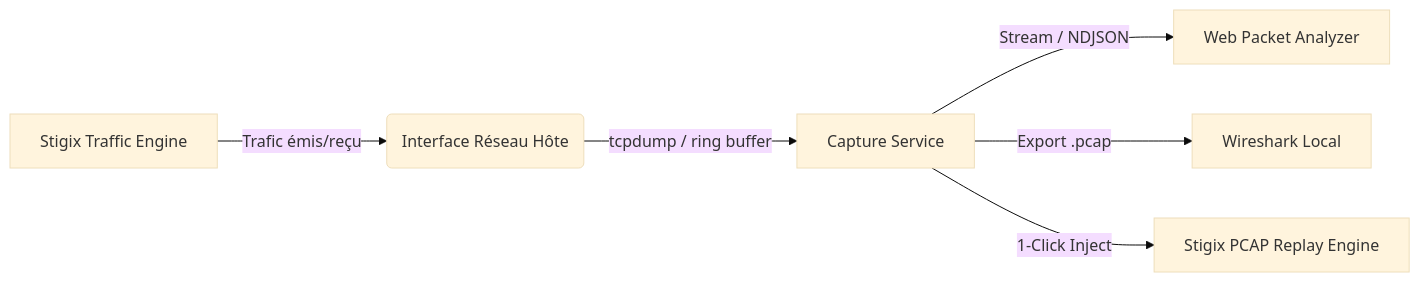
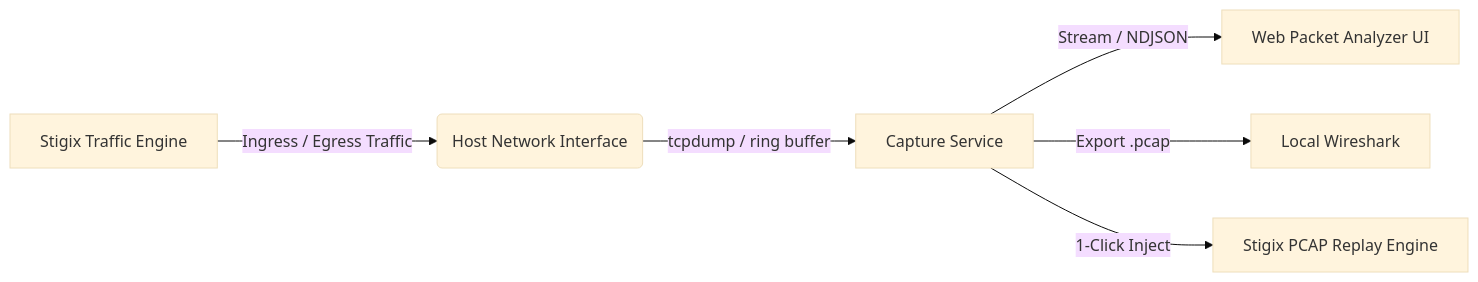
The diagram in docs/PRD_PACKET_CAPTURE_AND_WEB_ANALYZER.md (jsuzanne/stigix), drawn with Mermaid (base theme) before and after one commit. The commit also changed other lines of this file and 2 other files, not shown here.

````diff
--- a/docs/PRD_PACKET_CAPTURE_AND_WEB_ANALYZER.md
+++ b/docs/PRD_PACKET_CAPTURE_AND_WEB_ANALYZER.md
@@ -27,8 +27,8 @@
 ```mermaid
 graph LR
-    A[Stigix Traffic Engine] -->|Trafic émis/reçu| B(Interface Réseau Hôte)
+    A[Stigix Traffic Engine] -->|Ingress / Egress Traffic| B(Host Network Interface)
     B -->|tcpdump / ring buffer| C[Capture Service]
-    C -->|Stream / NDJSON| D[Web Packet Analyzer]
-    C -->|Export .pcap| E[Wireshark Local]
+    C -->|Stream / NDJSON| D[Web Packet Analyzer UI]
+    C -->|Export .pcap| E[Local Wireshark]
     C -->|1-Click Inject| F[Stigix PCAP Replay Engine]
 ```
````
